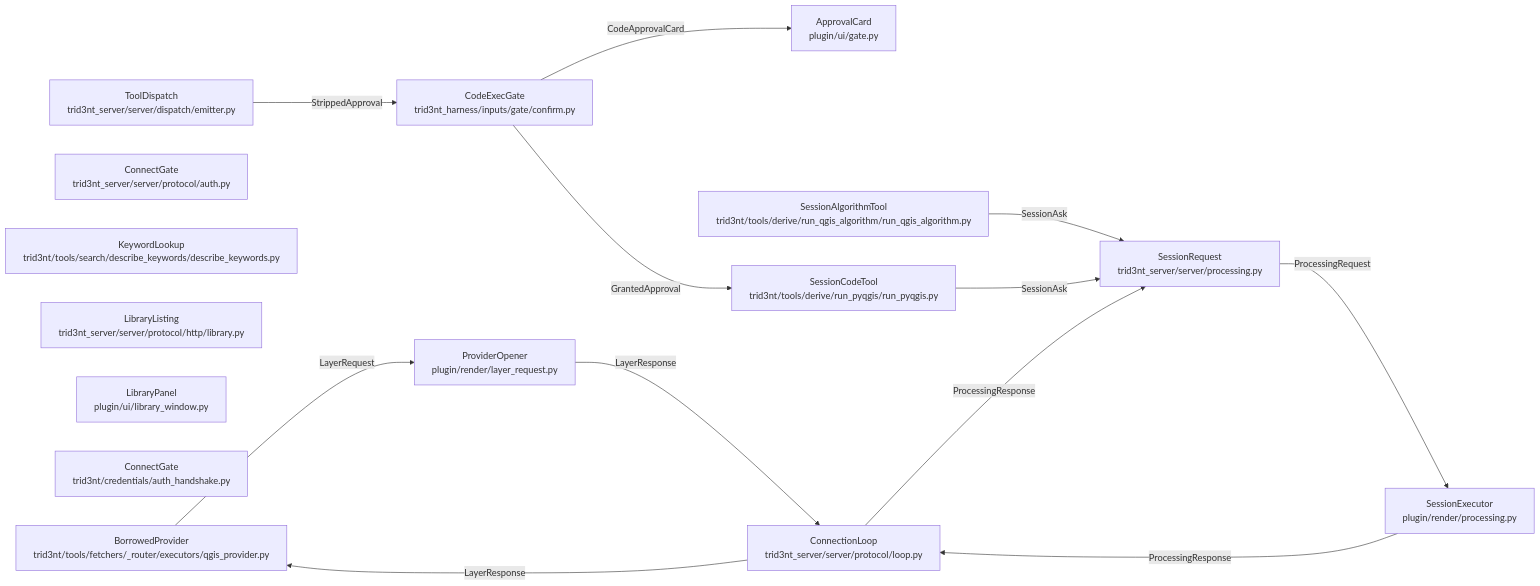
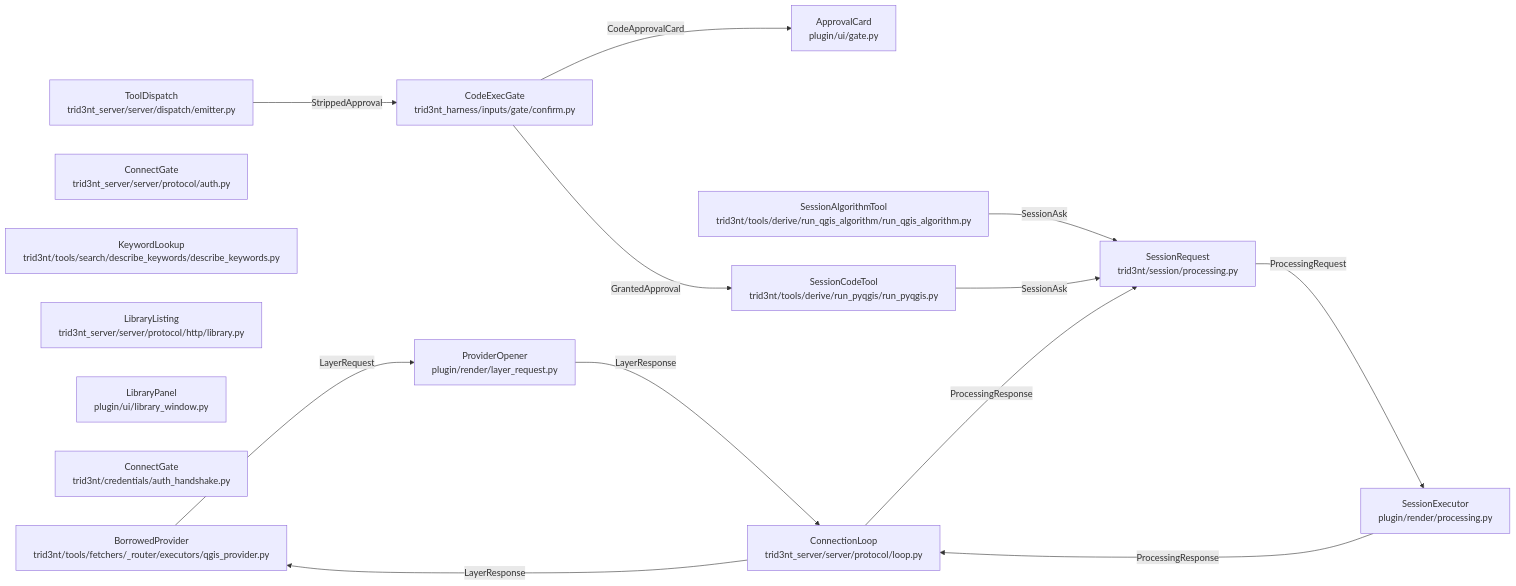
The diagram in docs/model/tool-plane-view.md (double-r-squared/trid3nt-qgis-plugin), drawn with Mermaid before and after one commit. The commit also changed 116 other files, not shown here.

````diff
--- a/docs/model/tool-plane-view.md
+++ b/docs/model/tool-plane-view.md
@@ -9,29 +9,29 @@
 ```mermaid
 flowchart LR
     approvalCard["ApprovalCard<br/>plugin/ui/gate.py"]
     borrowedProvider["BorrowedProvider<br/>trid3nt/tools/fetchers/_router/executors/qgis_provider.py"]
     codeExecGate["CodeExecGate<br/>trid3nt_harness/inputs/gate/confirm.py"]
     connectGate["ConnectGate<br/>trid3nt_server/server/protocol/auth.py"]
     connectionLoop["ConnectionLoop<br/>trid3nt_server/server/protocol/loop.py"]
     keywordLookup["KeywordLookup<br/>trid3nt/tools/search/describe_keywords/describe_keywords.py"]
     libraryListing["LibraryListing<br/>trid3nt_server/server/protocol/http/library.py"]
     libraryPanel["LibraryPanel<br/>plugin/ui/library_window.py"]
     mintedToken["ConnectGate<br/>trid3nt/credentials/auth_handshake.py"]
     providerOpener["ProviderOpener<br/>plugin/render/layer_request.py"]
     runPyqgis["SessionCodeTool<br/>trid3nt/tools/derive/run_pyqgis/run_pyqgis.py"]
     runQgisAlgorithm["SessionAlgorithmTool<br/>trid3nt/tools/derive/run_qgis_algorithm/run_qgis_algorithm.py"]
     sessionExecutor["SessionExecutor<br/>plugin/render/processing.py"]
-    sessionRequest["SessionRequest<br/>trid3nt_server/server/processing.py"]
+    sessionRequest["SessionRequest<br/>trid3nt/session/processing.py"]
     toolDispatch["ToolDispatch<br/>trid3nt_server/server/dispatch/emitter.py"]
     runQgisAlgorithm -- "SessionAsk" --> sessionRequest
     codeExecGate -- "GrantedApproval" --> runPyqgis
     toolDispatch -- "StrippedApproval" --> codeExecGate
     codeExecGate -- "CodeApprovalCard" --> approvalCard
     runPyqgis -- "SessionAsk" --> sessionRequest
     providerOpener -- "LayerResponse" --> connectionLoop
     borrowedProvider -- "LayerRequest" --> providerOpener
     connectionLoop -- "LayerResponse" --> borrowedProvider
     sessionRequest -- "ProcessingRequest" --> sessionExecutor
     sessionExecutor -- "ProcessingResponse" --> connectionLoop
     connectionLoop -- "ProcessingResponse" --> sessionRequest
 ```
````
